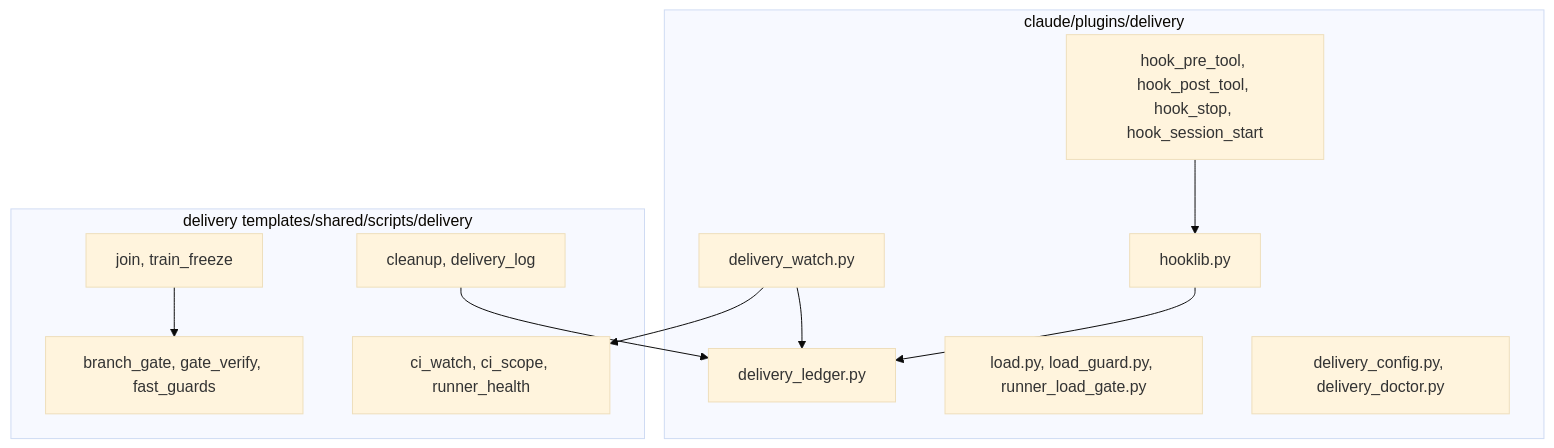
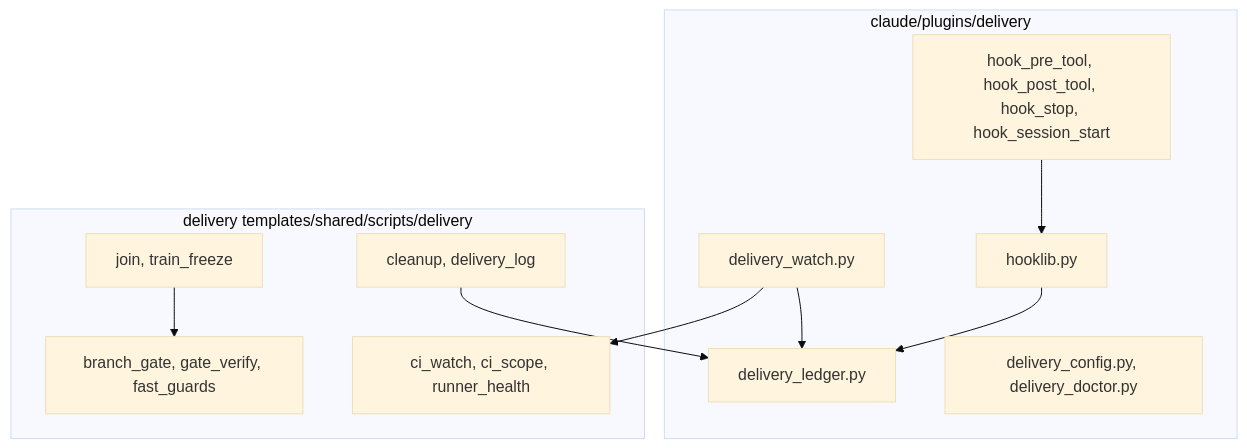
One commit to luis-mc/dev-standards changed the second of 5 diagrams in docs/features/delivery/spec.md. Above: the diagram before and after it, drawn with Mermaid (base theme). The commit also changed other lines of this file and 71 other files, not shown here.

First line of the commit message:
DS246: remove the load, slot and runner layer from the delivery plugin

````diff
--- a/docs/features/delivery/spec.md
+++ b/docs/features/delivery/spec.md
@@ -239,22 +233,21 @@
 ```mermaid
 flowchart TB
   subgraph plugin[claude/plugins/delivery]
     hooks[hook_pre_tool, hook_post_tool, hook_stop, hook_session_start]
     lib[hooklib.py]
     led[delivery_ledger.py]
     w[delivery_watch.py]
-    lg[load.py, load_guard.py, runner_load_gate.py]
     cfg[delivery_config.py, delivery_doctor.py]
   end
   subgraph shared[delivery templates/shared/scripts/delivery]
     gate[branch_gate, gate_verify, fast_guards]
     j[join, train_freeze]
     c[ci_watch, ci_scope, runner_health]
     cl[cleanup, delivery_log]
   end
   hooks --> lib --> led
   w --> led
   w --> c
   j --> gate
   cl --> led
 ```
````
